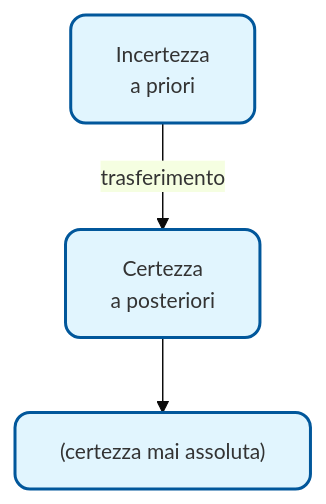
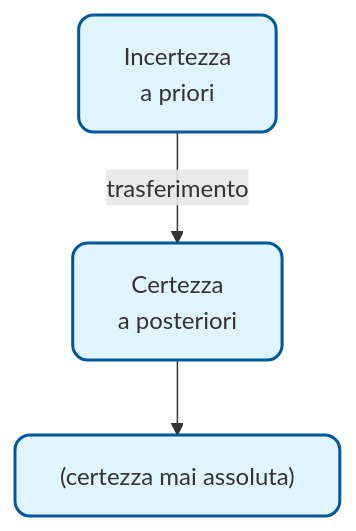
Before and after one commit to Fede-7/Notes: the first of 3 diagrams in 00 - Obsidian Notes/2° Anno/2° Semestre/Metodi Statistici dell' Informazione/Lezione 0.md, drawn with Mermaid. The commit also changed other lines of this file and 2 other files, not shown here.

Commit message:
Commit from PC on 19/04/2026, 18:50:01

````diff
--- a/00 - Obsidian Notes/2° Anno/2° Semestre/Metodi Statistici dell' Informazione/Lezione 0.md
+++ b/00 - Obsidian Notes/2° Anno/2° Semestre/Metodi Statistici dell' Informazione/Lezione 0.md
@@ -36,8 +36,7 @@
 ```mermaid
-%%{init: {'flowchart': {'curve': 'linear', 'useMaxWidth': true, 'htmlLabels': true}, 'theme': 'base', 'themeVariables': {'fontSize': '14px', 'primaryColor': '#e1f5fe', 'primaryBorderColor': '#01579b'}}}%%
 graph TD
     %% Definizione dello stile per adattarsi all'A4
     classDef default fill:#e1f5fe,stroke:#01579b,stroke-width:2px,rx:10,ry:10;
     A["Incertezza<br/>a priori"] -->|trasferimento| B["Certezza<br/>a posteriori"]
     B --> C["(certezza mai assoluta)"]
 ```
````
